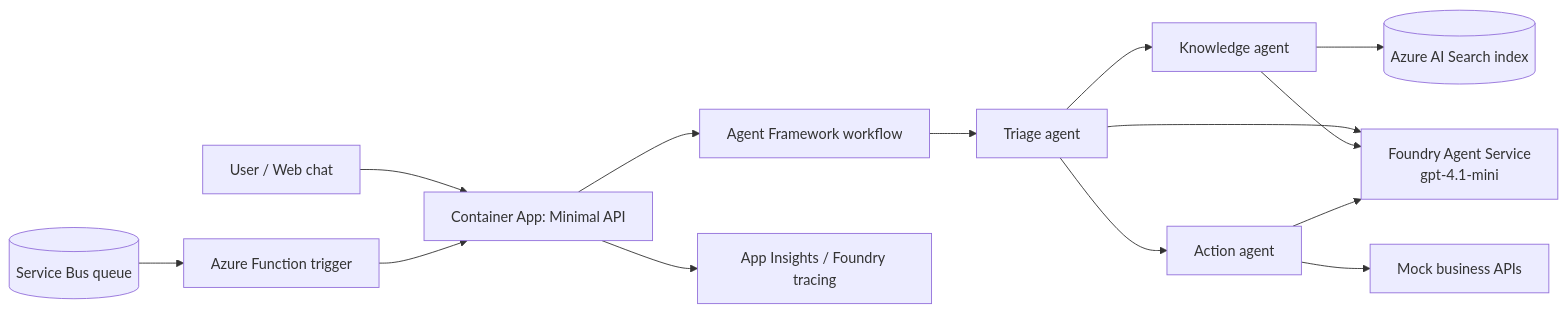
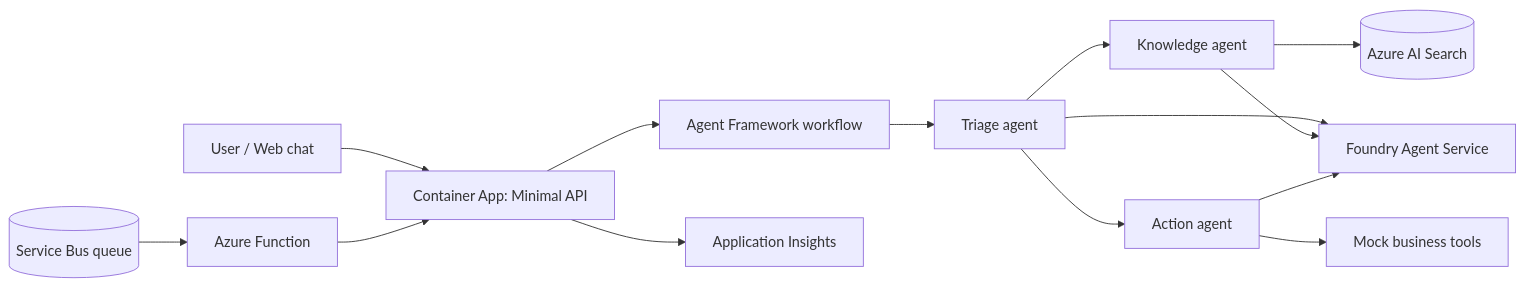
One commit to csajmishra/AI-Hack changed the diagram in event-plan/README.md. Above: the diagram before and after it, drawn with Mermaid. The commit also changed other lines of this file and 5 other files, not shown here.

````diff
--- a/event-plan/README.md
+++ b/event-plan/README.md
@@ -57,13 +45,13 @@
 ```mermaid
 flowchart LR
     U[User / Web chat] --> API[Container App: Minimal API]
-    Q[(Service Bus queue)] --> FN[Azure Function trigger] --> API
+    Q[(Service Bus queue)] --> FN[Azure Function] --> API
     API --> WF[Agent Framework workflow]
     WF --> T[Triage agent]
     T --> K[Knowledge agent]
     T --> A[Action agent]
-    K --> S[(Azure AI Search index)]
-    A --> M[Mock business APIs]
-    T & K & A --> F[Foundry Agent Service<br/>gpt-4.1-mini]
-    API --> AI[App Insights / Foundry tracing]
+    K --> S[(Azure AI Search)]
+    A --> M[Mock business tools]
+    T & K & A --> F[Foundry Agent Service]
+    API --> AI[Application Insights]
 ```
````
